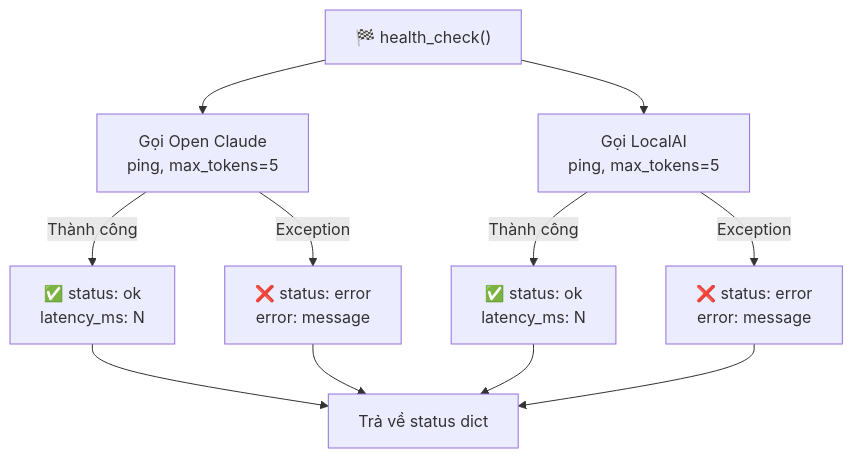
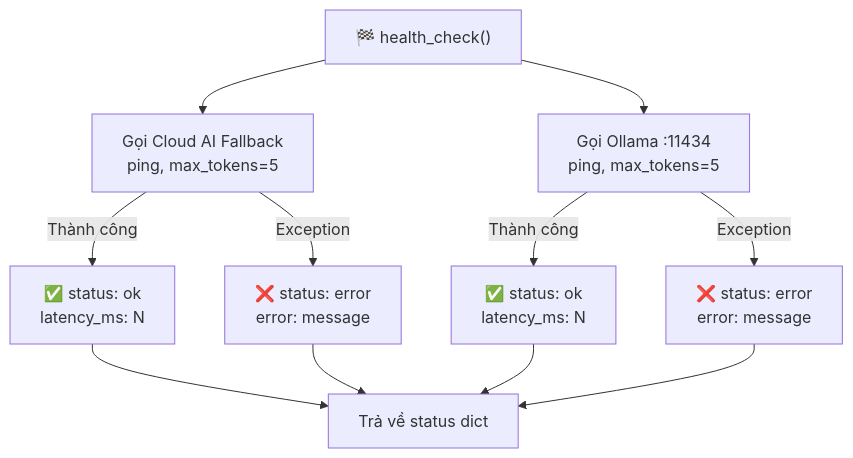
Before and after one commit to NghiaDinh03/CyberAI-Assessment-project: the fourth of 7 diagrams in docs/vi/analytics_monitoring.md, drawn with Mermaid. The commit also changed other lines of this file and 94 other files, not shown here.

Commit message:
feat(pipeline): standardize unified assessment schema, runtime audit telemetry, masked evidence manifests, and artifact consistency validation

````diff
--- a/docs/vi/analytics_monitoring.md
+++ b/docs/vi/analytics_monitoring.md
@@ -353,15 +343,15 @@
 ```mermaid
 graph TD
-    START["🏁 health_check()"] --> CLAUDE_TEST["Gọi Open Claude<br/>ping, max_tokens=5"]
+    START["🏁 health_check()"] --> CLAUDE_TEST["Gọi Cloud AI Fallback<br/>ping, max_tokens=5"]
     CLAUDE_TEST -->|"Thành công"| CLAUDE_OK["✅ status: ok<br/>latency_ms: N"]
     CLAUDE_TEST -->|"Exception"| CLAUDE_ERR["❌ status: error<br/>error: message"]
 
-    START --> LOCAL_TEST["Gọi LocalAI<br/>ping, max_tokens=5"]
+    START --> LOCAL_TEST["Gọi Ollama :11434<br/>ping, max_tokens=5"]
     LOCAL_TEST -->|"Thành công"| LOCAL_OK["✅ status: ok<br/>latency_ms: N"]
     LOCAL_TEST -->|"Exception"| LOCAL_ERR["❌ status: error<br/>error: message"]
 
     CLAUDE_OK --> RESULT["Trả về status dict"]
     CLAUDE_ERR --> RESULT
     LOCAL_OK --> RESULT
     LOCAL_ERR --> RESULT
 ```
````
